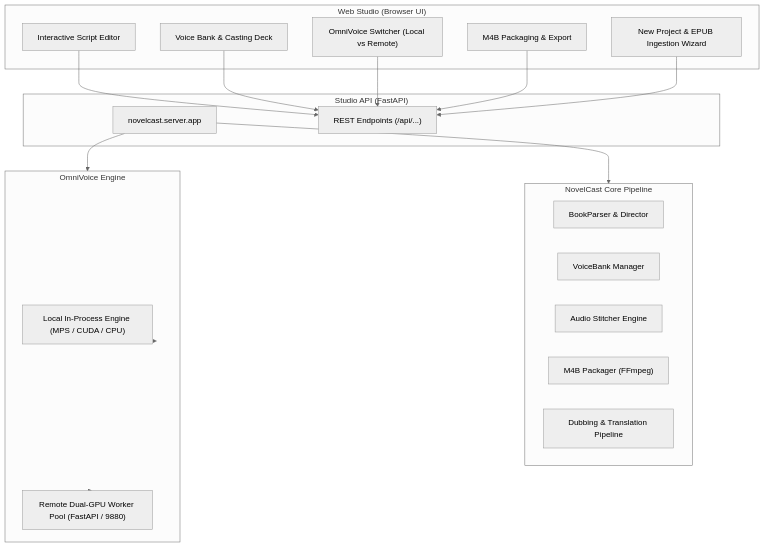
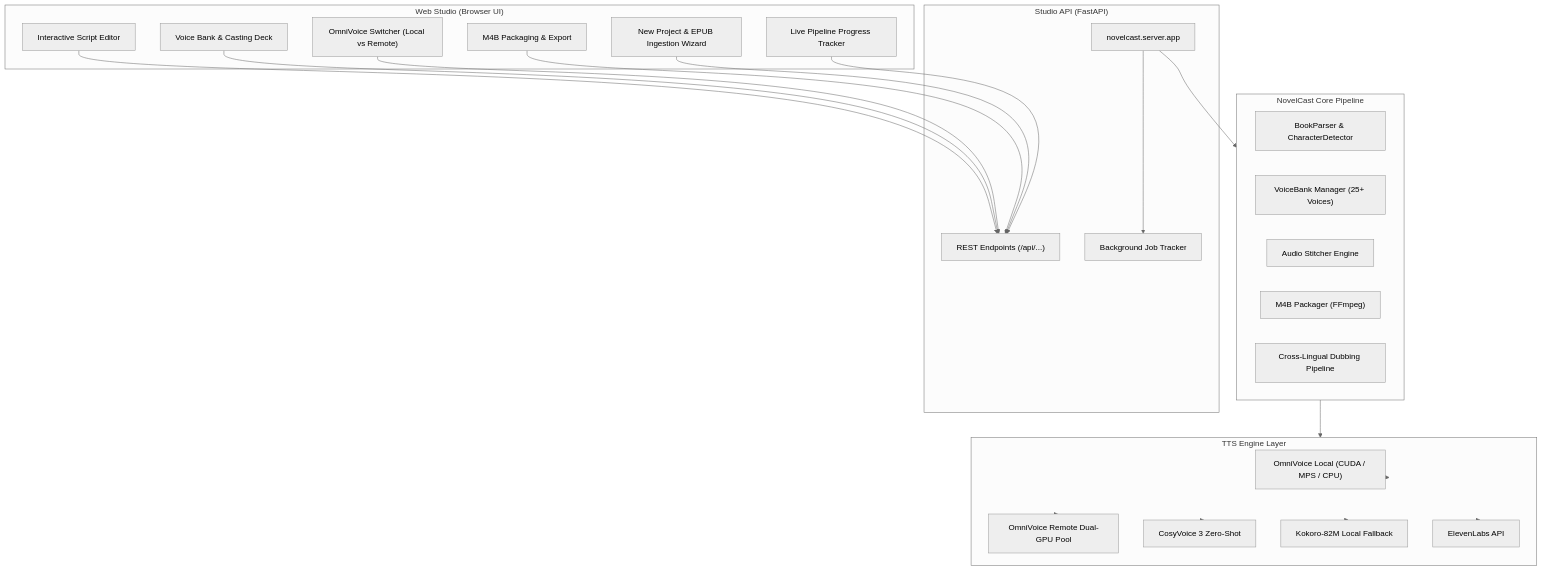
Before and after one commit to RockNCode/novelcast: the second of 2 diagrams in README.md, drawn with Mermaid (neutral theme). The commit also changed other lines of this file, not shown here.

````diff
--- a/README.md
+++ b/README.md
@@ -115,39 +157,49 @@
 ```mermaid
 graph TD
     subgraph Frontend ["Web Studio (Browser UI)"]
         UI_Script["Interactive Script Editor"]
         UI_Voices["Voice Bank & Casting Deck"]
         UI_Engine["OmniVoice Switcher (Local vs Remote)"]
         UI_Package["M4B Packaging & Export"]
         UI_Wizard["New Project & EPUB Ingestion Wizard"]
+        UI_Progress["Live Pipeline Progress Tracker"]
     end
 
     subgraph Backend ["Studio API (FastAPI)"]
         API_Server["novelcast.server.app"]
         API_Routes["REST Endpoints (/api/...)"]
+        Job_Runner["Background Job Tracker"]
     end
 
     subgraph Core ["NovelCast Core Pipeline"]
-        Parser["BookParser & Director"]
-        VoiceBank["VoiceBank Manager"]
+        Parser["BookParser & CharacterDetector"]
+        VoiceBank["VoiceBank Manager (25+ Voices)"]
         Stitcher["Audio Stitcher Engine"]
         Packager["M4B Packager (FFmpeg)"]
-        Dubber["Dubbing & Translation Pipeline"]
+        Dubber["Cross-Lingual Dubbing Pipeline"]
     end
 
-    subgraph Engine ["OmniVoice Engine"]
-        Engine_Local["Local In-Process Engine (MPS / CUDA / CPU)"]
-        Engine_Remote["Remote Dual-GPU Worker Pool (FastAPI / 9880)"]
+    subgraph Engine ["TTS Engine Layer"]
+        Engine_OmniLocal["OmniVoice Local (CUDA / MPS / CPU)"]
+        Engine_OmniRemote["OmniVoice Remote Dual-GPU Pool"]
+        Engine_Cosy["CosyVoice 3 Zero-Shot"]
+        Engine_Kokoro["Kokoro-82M Local Fallback"]
+        Engine_Eleven["ElevenLabs API"]
     end
 
     UI_Script --> API_Routes
     UI_Voices --> API_Routes
     UI_Engine --> API_Routes
     UI_Package --> API_Routes
     UI_Wizard --> API_Routes
+    UI_Progress --> API_Routes
 
     API_Server --> Core
-    API_Server --> Engine
-    Engine --> Engine_Local
-    Engine --> Engine_Remote
+    API_Server --> Job_Runner
+    Core --> Engine
+    Engine --> Engine_OmniLocal
+    Engine --> Engine_OmniRemote
+    Engine --> Engine_Cosy
+    Engine --> Engine_Kokoro
+    Engine --> Engine_Eleven
 ```
````
